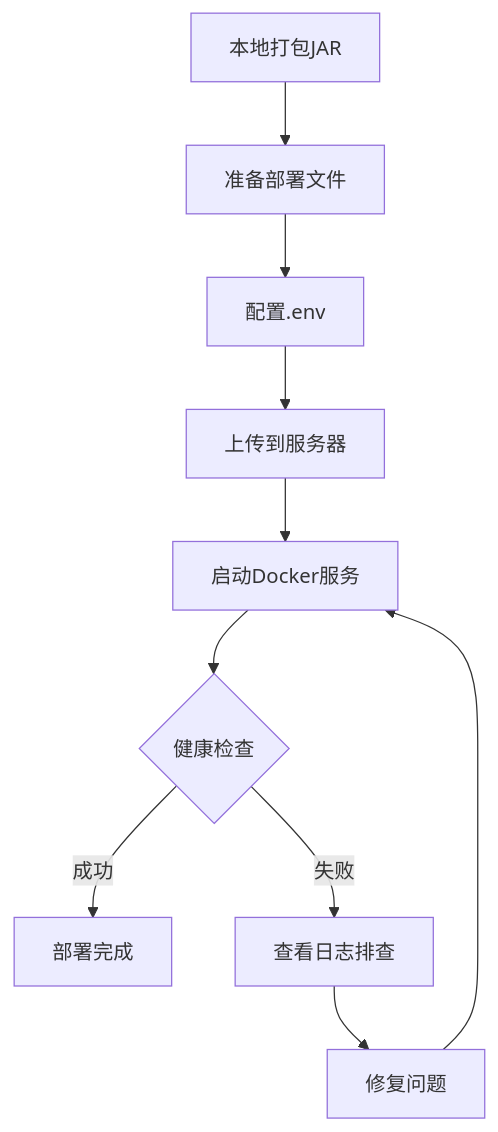
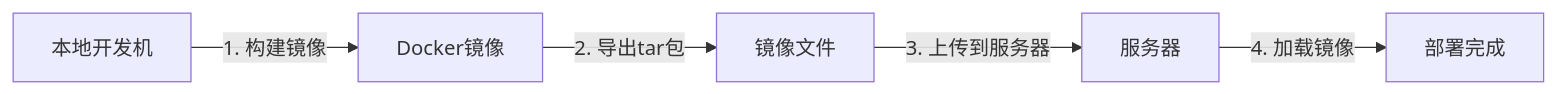
The diagram in deploy/docs/DEPLOYMENT_GUIDE.md (Redmoon-2333/HumanResourceOfficial), drawn with Mermaid before and after one commit. The commit also changed other lines of this file and 24 other files, not shown here.

First line of the commit message:
refactor(image): 优化活动及日常图片URL处理

````diff
--- a/deploy/docs/DEPLOYMENT_GUIDE.md
+++ b/deploy/docs/DEPLOYMENT_GUIDE.md
@@ -250,12 +63,7 @@
 ```mermaid
-flowchart TD
-    A[本地打包JAR] --> B[准备部署文件]
-    B --> C[配置.env]
-    C --> D[上传到服务器]
-    D --> E[启动Docker服务]
-    E --> F{健康检查}
-    F -->|成功| G[部署完成]
-    F -->|失败| H[查看日志排查]
-    H --> I[修复问题]
-    I --> E
+flowchart LR
+    A[本地开发机] -->|1. 构建镜像| B[Docker镜像]
+    B -->|2. 导出tar包| C[镜像文件]
+    C -->|3. 上传到服务器| D[服务器]
+    D -->|4. 加载镜像| E[部署完成]
 ```
````
